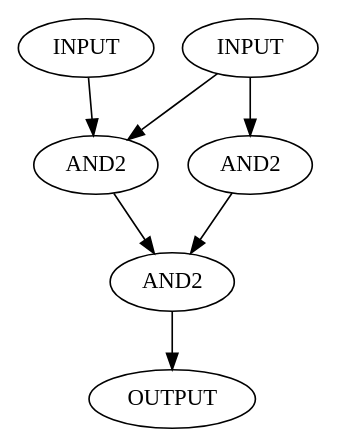
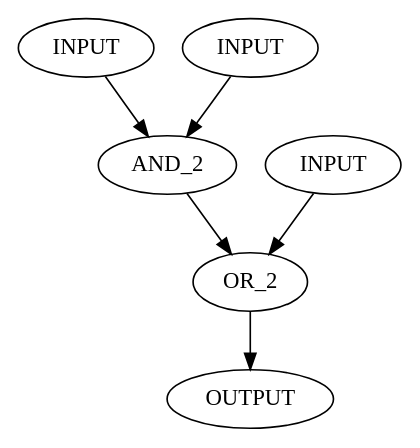
Before and after one commit to ozyz/Projet-Info: the diagram in test.dot, drawn with Graphviz. The commit also changed 10 other files, not shown here.

```diff
--- a/test.dot
+++ b/test.dot
@@ -1,16 +1,15 @@
 digraph G {
   in1[label="INPUT"]
   in2[label="INPUT"]
+  in3[label="INPUT"]
   out1[label="OUTPUT"]
-  a[label="AND2"]
-  b[label="AND2"]
-  c[label="AND2"]
+  and[label="AND_2"]
+  or[label="OR_2"]
 
-  in1-> a
-  in2-> a
-  in1-> b
-  b -> c
-  a -> c
-  c -> out1
+  in1-> and
+  in2-> and
+  in3-> or
+  and-> or
+  or-> out1
 
 }
```
